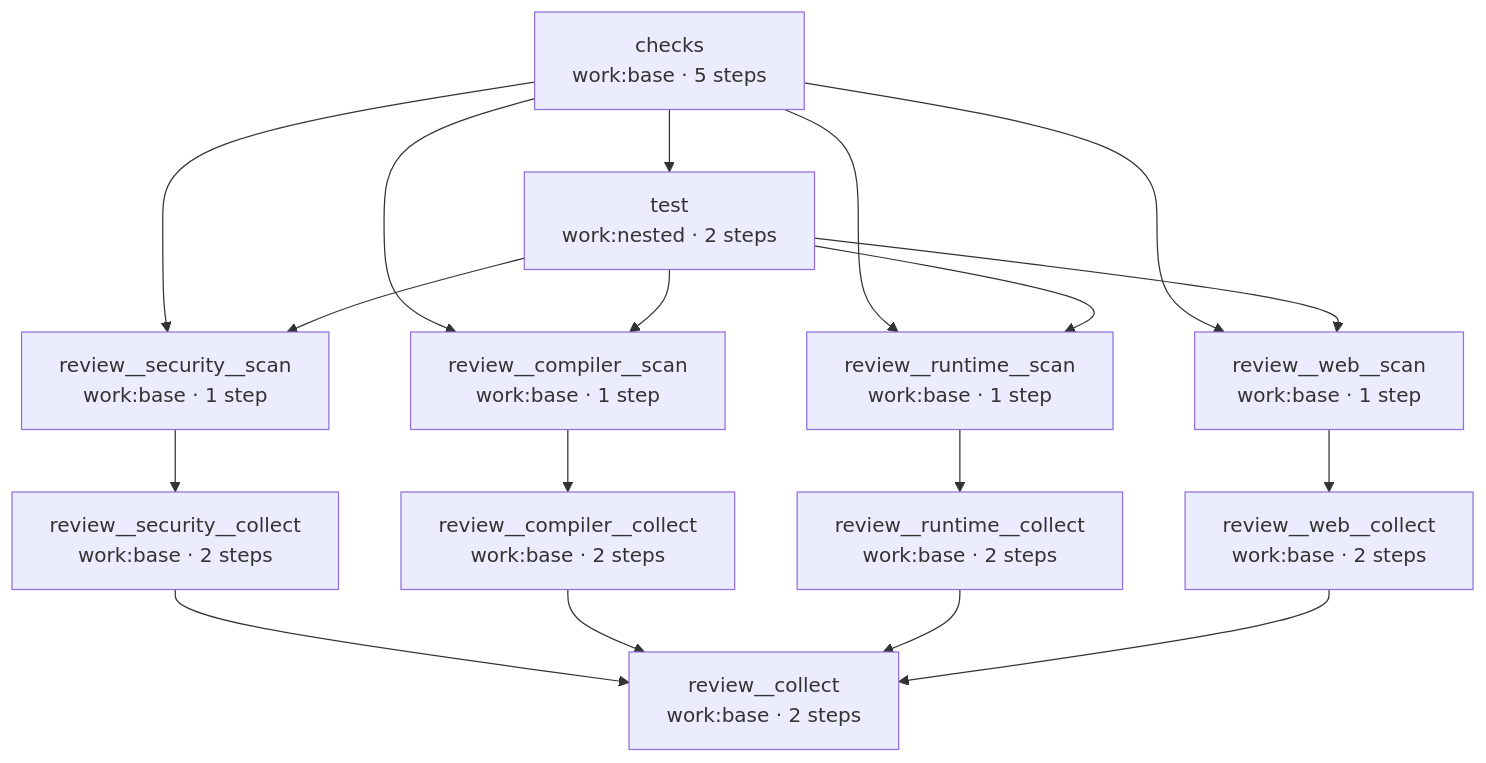
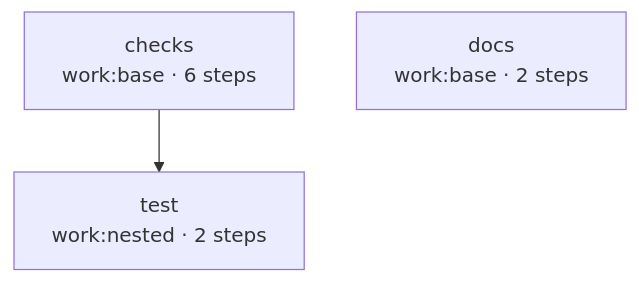
One commit to nullbytelabs/work changed the diagram in docs-site/examples/dogfooding.md. Above: the diagram before and after it, drawn with Mermaid. The commit also changed other lines of this file and 6 other files, not shown here.

````diff
--- a/docs-site/examples/dogfooding.md
+++ b/docs-site/examples/dogfooding.md
@@ -50,31 +42,7 @@
 ```mermaid
 flowchart TD
-  n0["checks<br/>work:base · 5 steps"]
-  n1["test<br/>work:nested · 2 steps"]
-  n2["review__compiler__scan<br/>work:base · 1 step"]
-  n3["review__compiler__collect<br/>work:base · 2 steps"]
-  n4["review__runtime__scan<br/>work:base · 1 step"]
-  n5["review__runtime__collect<br/>work:base · 2 steps"]
-  n6["review__security__scan<br/>work:base · 1 step"]
-  n7["review__security__collect<br/>work:base · 2 steps"]
-  n8["review__web__scan<br/>work:base · 1 step"]
-  n9["review__web__collect<br/>work:base · 2 steps"]
-  n10["review__collect<br/>work:base · 2 steps"]
-  n0 --> n1
+  n0["checks<br/>work:base · 6 steps"]
+  n1["docs<br/>work:base · 2 steps"]
+  n2["test<br/>work:nested · 2 steps"]
   n0 --> n2
-  n1 --> n2
-  n2 --> n3
-  n0 --> n4
-  n1 --> n4
-  n4 --> n5
-  n0 --> n6
-  n1 --> n6
-  n6 --> n7
-  n0 --> n8
-  n1 --> n8
-  n8 --> n9
-  n7 --> n10
-  n3 --> n10
-  n5 --> n10
-  n9 --> n10
 ```
````
